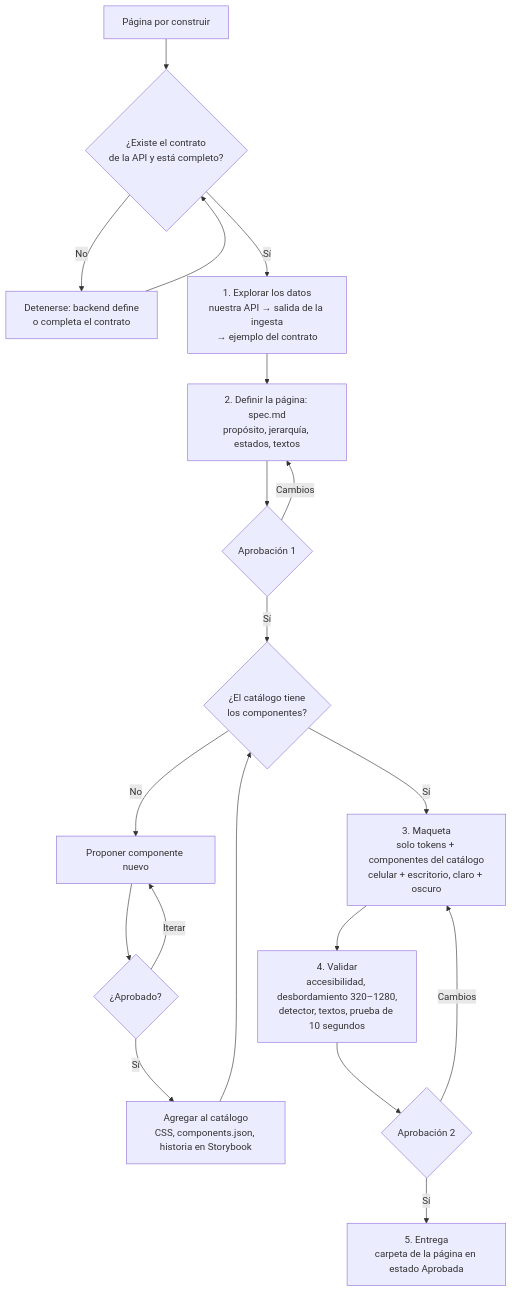
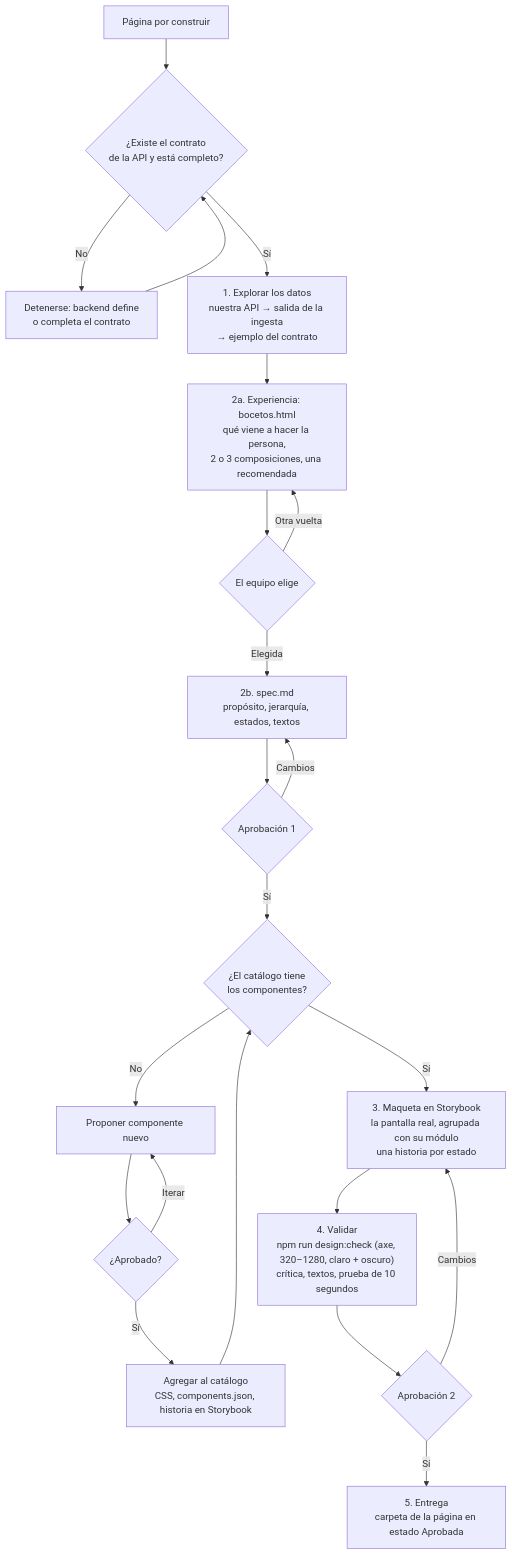
Before and after one commit to EKOU-Solutions/EKOU-Elephants: the third of 4 diagrams in docs/design/design-flow.md, drawn with Mermaid. The commit also changed other lines of this file and 59 other files, not shown here.

````diff
--- a/docs/design/design-flow.md
+++ b/docs/design/design-flow.md
@@ -55,18 +58,21 @@
 ```mermaid
 flowchart TD
   A["Página por construir"] --> B{"¿Existe el contrato<br/>de la API y está completo?"}
   B -- No --> B1["Detenerse: backend define<br/>o completa el contrato"] --> B
   B -- Sí --> C["1. Explorar los datos<br/>nuestra API → salida de la ingesta<br/>→ ejemplo del contrato"]
-  C --> D["2. Definir la página: spec.md<br/>propósito, jerarquía, estados, textos"]
+  C --> X["2a. Experiencia: bocetos.html<br/>qué viene a hacer la persona,<br/>2 o 3 composiciones, una recomendada"]
+  X --> X1{"El equipo elige"}
+  X1 -- Otra vuelta --> X
+  X1 -- Elegida --> D["2b. spec.md<br/>propósito, jerarquía, estados, textos"]
   D --> G1{"Aprobación 1"}
   G1 -- Cambios --> D
   G1 -- Sí --> E{"¿El catálogo tiene<br/>los componentes?"}
   E -- No --> E1["Proponer componente nuevo"] --> E2{"¿Aprobado?"}
   E2 -- Iterar --> E1
   E2 -- Sí --> E3["Agregar al catálogo<br/>CSS, components.json, historia en Storybook"] --> E
-  E -- Sí --> F["3. Maqueta<br/>solo tokens + componentes del catálogo<br/>celular + escritorio, claro + oscuro"]
-  F --> V["4. Validar<br/>accesibilidad, desbordamiento 320–1280,<br/>detector, textos, prueba de 10 segundos"]
+  E -- Sí --> F["3. Maqueta en Storybook<br/>la pantalla real, agrupada con su módulo<br/>una historia por estado"]
+  F --> V["4. Validar<br/>npm run design:check (axe, 320–1280, claro + oscuro)<br/>crítica, textos, prueba de 10 segundos"]
   V --> G2{"Aprobación 2"}
   G2 -- Cambios --> F
   G2 -- Sí --> H["5. Entrega<br/>carpeta de la página en estado Aprobada"]
 ```
````
